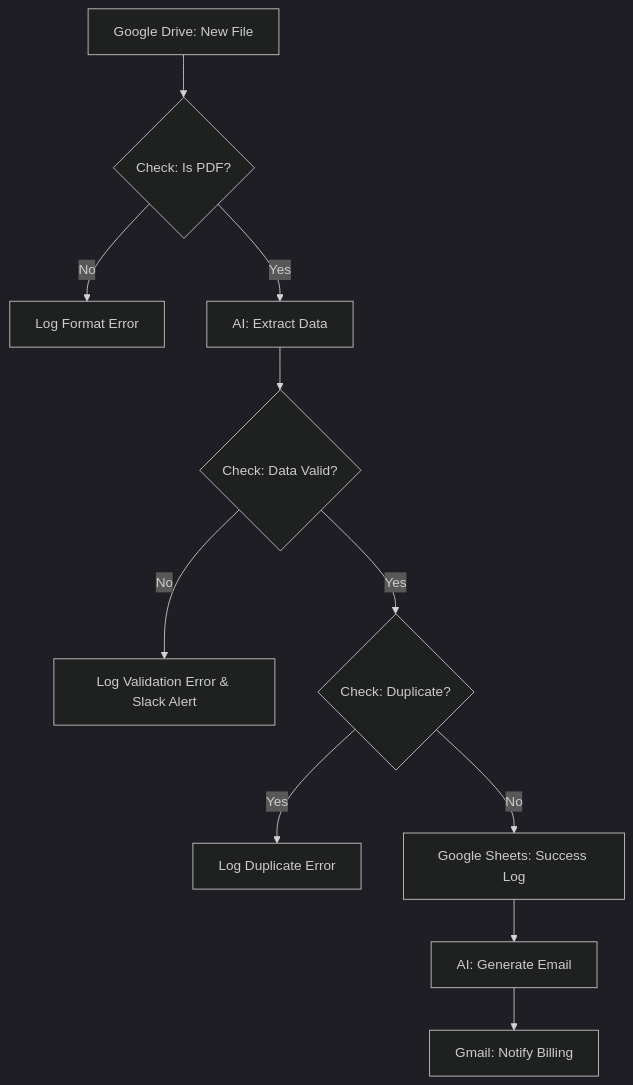
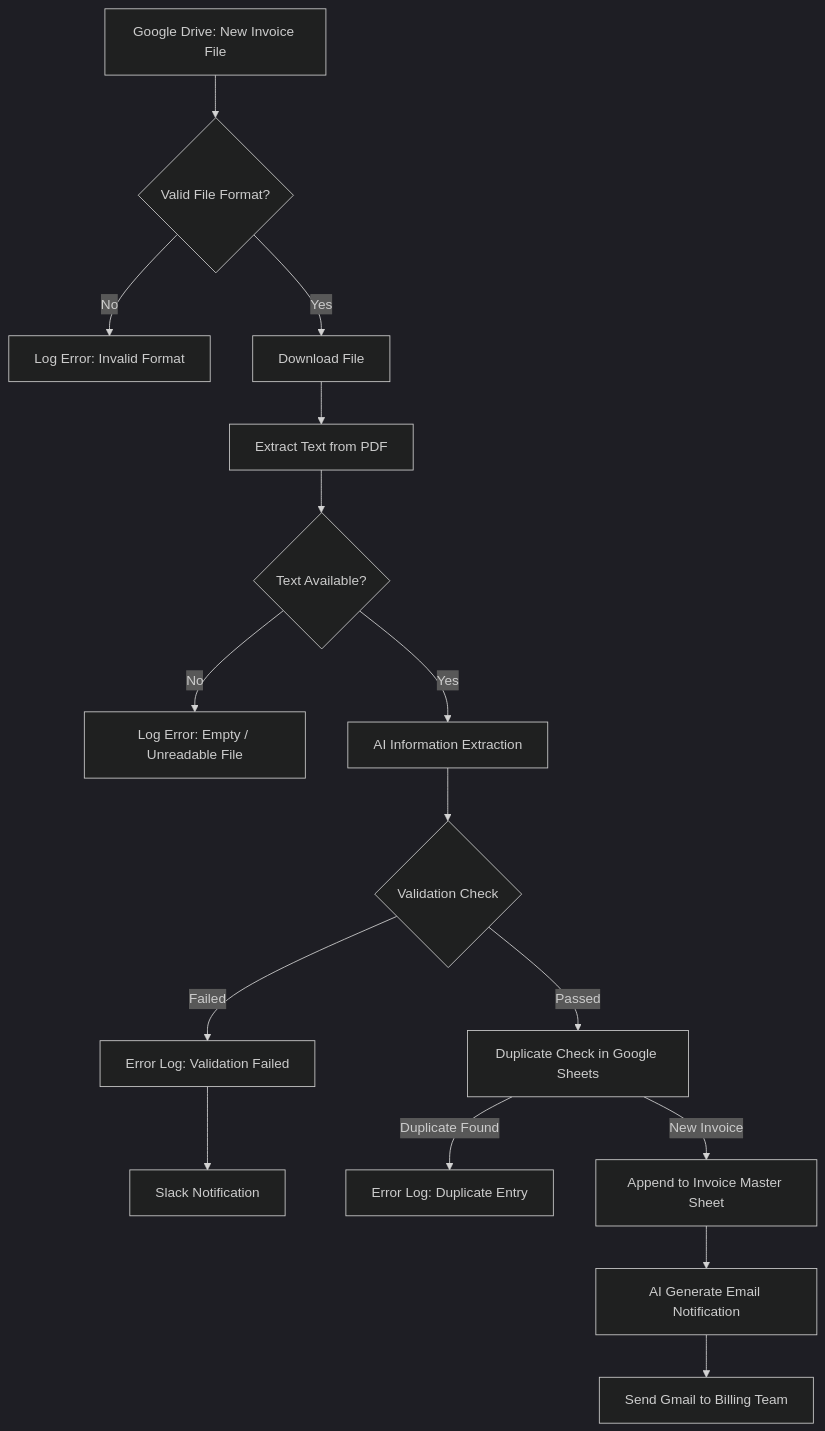
One commit to Pavithra-Sadheeshkumar/N8N-Automation changed the diagram in Invoice/README.md. Above: the diagram before and after it, drawn with Mermaid (dark theme). The commit also changed other lines of this file, not shown here.

````diff
--- a/Invoice/README.md
+++ b/Invoice/README.md
@@ -22,14 +24,27 @@
 ```mermaid
+
 graph TD
-    A[Google Drive: New File] --> B{Check: Is PDF?}
-    B -- No --> C[Log Format Error]
-    B -- Yes --> D[AI: Extract Data]
-    D --> E{Check: Data Valid?}
-    E -- No --> F[Log Validation Error & Slack Alert]
-    E -- Yes --> G{Check: Duplicate?}
-    G -- Yes --> H[Log Duplicate Error]
-    G -- No --> I[Google Sheets: Success Log]
-    I --> J[AI: Generate Email]
-    J --> K[Gmail: Notify Billing]
-
+    A[Google Drive: New Invoice File] --> B{Valid File Format?}
+    
+    B -->|No| C[Log Error: Invalid Format]
+    B -->|Yes| D[Download File]
+    
+    D --> E[Extract Text from PDF]
+    E --> F{Text Available?}
+    
+    F -->|No| G[Log Error: Empty / Unreadable File]
+    F -->|Yes| H[AI Information Extraction]
+    
+    H --> I{Validation Check}
+    
+    I -->|Failed| J[Error Log: Validation Failed]
+    J --> K[Slack Notification]
+    
+    I -->|Passed| L[Duplicate Check in Google Sheets]
+    
+    L -->|Duplicate Found| M[Error Log: Duplicate Entry]
+    L -->|New Invoice| N[Append to Invoice Master Sheet]
+    
+    N --> O[AI Generate Email Notification]
+    O --> P[Send Gmail to Billing Team]
 ```
````
